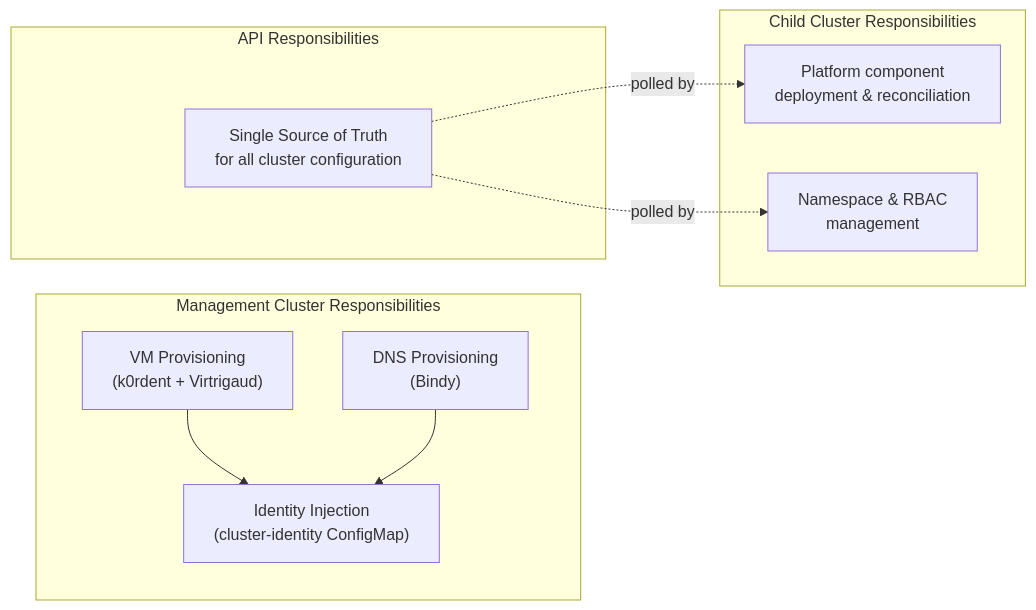
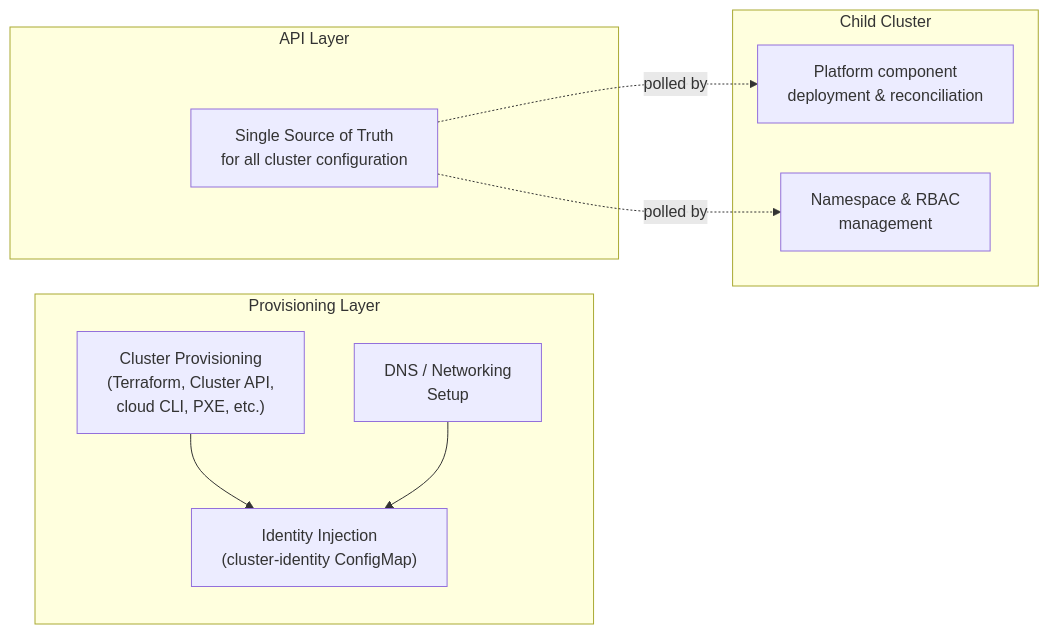
Before and after one commit to dgunzy/flux-resourceset: the second of 2 diagrams in docs/src/phone-home.md, drawn with Mermaid. The commit also changed other lines of this file and 10 other files, not shown here.

````diff
--- a/docs/src/phone-home.md
+++ b/docs/src/phone-home.md
@@ -76,22 +76,22 @@
 ```mermaid
 graph LR
-    subgraph "Management Cluster Responsibilities"
-        A["VM Provisioning<br/>(k0rdent + Virtrigaud)"]
-        B["DNS Provisioning<br/>(Bindy)"]
+    subgraph "Provisioning Layer"
+        A["Cluster Provisioning<br/>(Terraform, Cluster API,<br/>cloud CLI, PXE, etc.)"]
+        B["DNS / Networking<br/>Setup"]
         C["Identity Injection<br/>(cluster-identity ConfigMap)"]
     end
 
-    subgraph "API Responsibilities"
+    subgraph "API Layer"
         D["Single Source of Truth<br/>for all cluster configuration"]
     end
 
-    subgraph "Child Cluster Responsibilities"
+    subgraph "Child Cluster"
         E["Platform component<br/>deployment & reconciliation"]
         F["Namespace & RBAC<br/>management"]
     end
 
     A --> C
     B --> C
     D -.->|"polled by"| E
     D -.->|"polled by"| F
 ```
````
